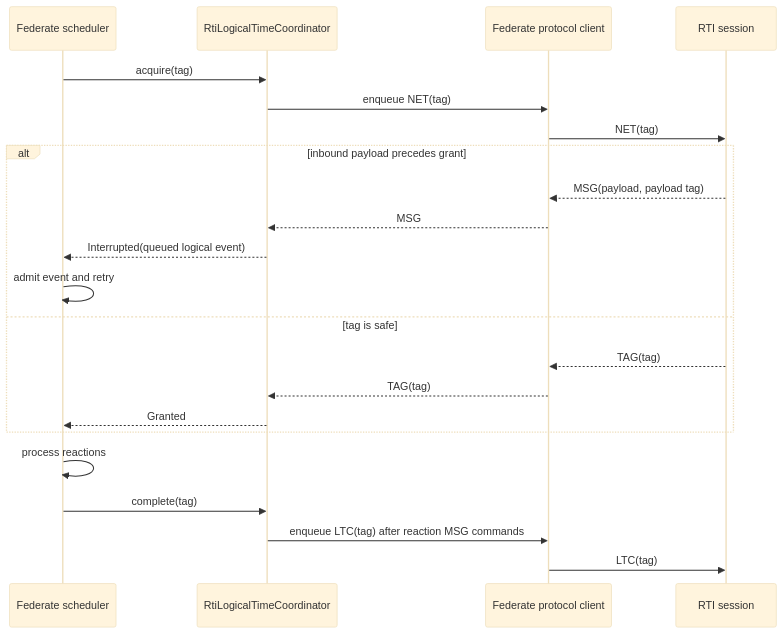
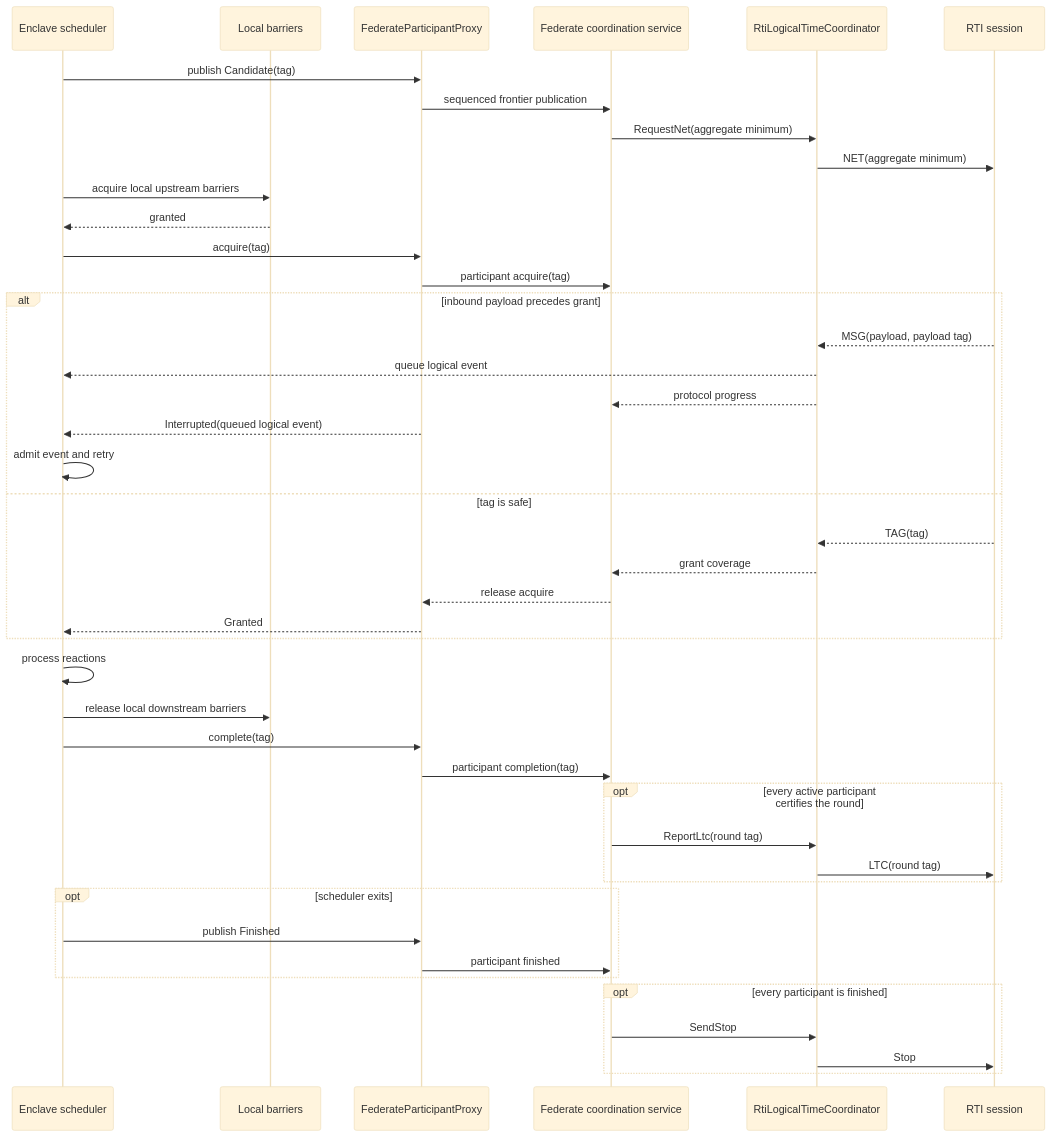
The second of 2 diagrams in docs/scheduler-internals.md (jondo2010/boomerang), drawn with Mermaid (base theme) before and after one commit. The commit also changed other lines of this file and 3 other files, not shown here.

Commit message:
docs: align Federate coordination internals

````diff
--- a/docs/scheduler-internals.md
+++ b/docs/scheduler-internals.md
@@ -225,25 +234,46 @@
 ```mermaid
 sequenceDiagram
-    participant S as Federate scheduler
+    participant S as Enclave scheduler
+    participant L as Local barriers
+    participant P as FederateParticipantProxy
+    participant F as Federate coordination service
     participant C as RtiLogicalTimeCoordinator
-    participant P as Federate protocol client
     participant R as RTI session
 
-    S->>C: acquire(tag)
-    C->>P: enqueue NET(tag)
-    P->>R: NET(tag)
+    S->>P: publish Candidate(tag)
+    P->>F: sequenced frontier publication
+    F->>C: RequestNet(aggregate minimum)
+    C->>R: NET(aggregate minimum)
+    S->>L: acquire local upstream barriers
+    L-->>S: granted
+    S->>P: acquire(tag)
+    P->>F: participant acquire(tag)
     alt inbound payload precedes grant
-        R-->>P: MSG(payload, payload tag)
-        P-->>C: MSG
-        C-->>S: Interrupted(queued logical event)
+        R-->>C: MSG(payload, payload tag)
+        C-->>S: queue logical event
+        C-->>F: protocol progress
+        P-->>S: Interrupted(queued logical event)
         S->>S: admit event and retry
     else tag is safe
-        R-->>P: TAG(tag)
-        P-->>C: TAG(tag)
-        C-->>S: Granted
+        R-->>C: TAG(tag)
+        C-->>F: grant coverage
+        F-->>P: release acquire
+        P-->>S: Granted
     end
     S->>S: process reactions
-    S->>C: complete(tag)
-    C->>P: enqueue LTC(tag) after reaction MSG commands
-    P->>R: LTC(tag)
+    S->>L: release local downstream barriers
+    S->>P: complete(tag)
+    P->>F: participant completion(tag)
+    opt every active participant certifies the round
+        F->>C: ReportLtc(round tag)
+        C->>R: LTC(round tag)
+    end
+    opt scheduler exits
+        S->>P: publish Finished
+        P->>F: participant finished
+    end
+    opt every participant is finished
+        F->>C: SendStop
+        C->>R: Stop
+    end
 ```
````
